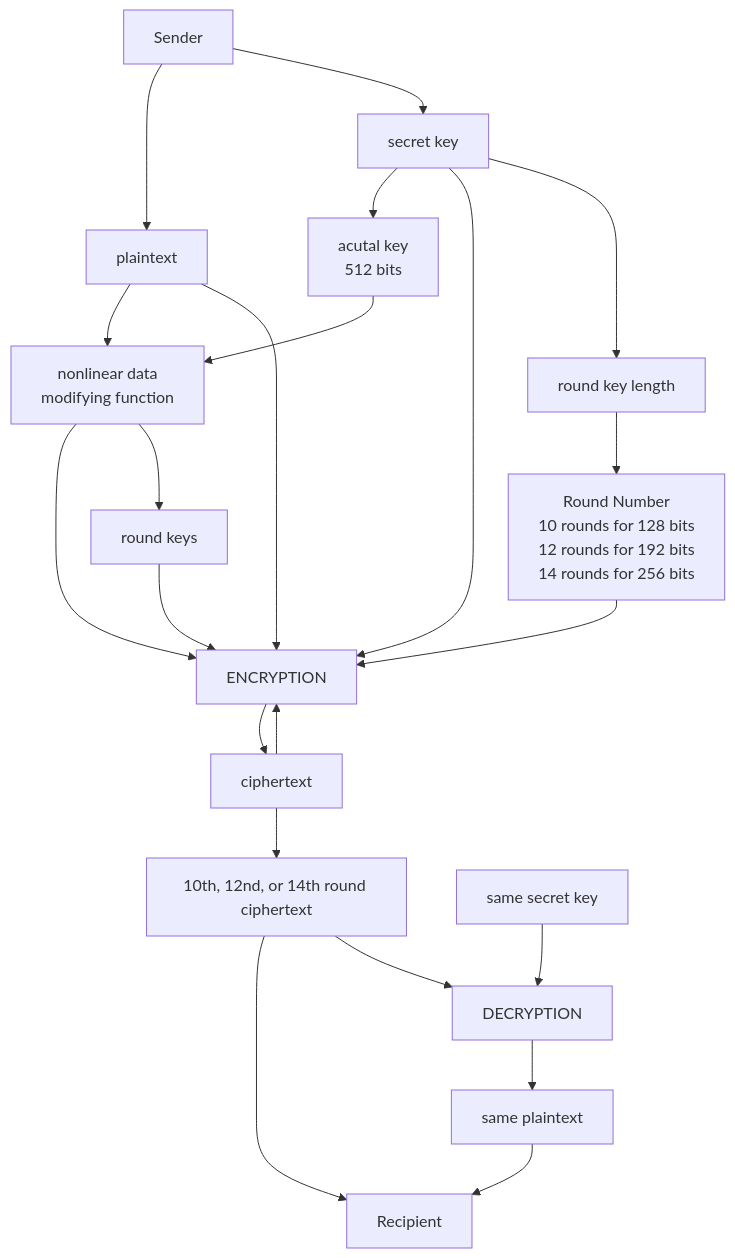
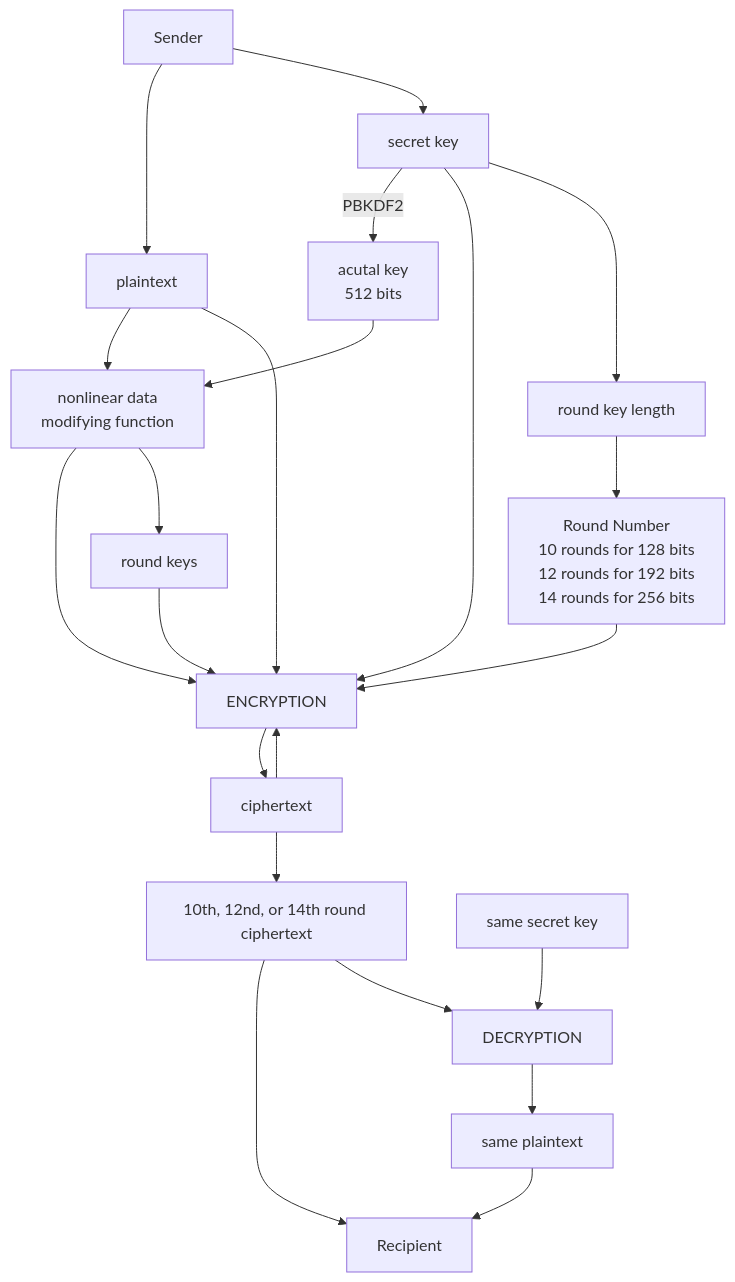
Before and after one commit to Kietpawpan/encryption: the diagram in README.md, drawn with Mermaid.

````diff
--- a/README.md
+++ b/README.md
@@ -5,15 +5,15 @@
 ```mermaid
 flowchart TD
     A[Sender] --> B[plaintext]-->FC
-    C[secret key]-->AK[acutal key\n512 bits]-->FC-->D[ENCRYPTION]-->E[ciphertext]-->D
+    C[secret key]--PBKDF2-->AK[acutal key\n512 bits]-->FC-->D[ENCRYPTION]-->E[ciphertext]-->D
     E-->FN[10th, 12nd, or 14th round ciphertext]-->F[Recipient]
     C2[same secret key]-->G[DECRYPTION]-->I[same plaintext]-->F
      FN-->G
 A-->C-->D
 RK[round keys]-->D
 C-->RKL[round key length]-->RN[Round Number\n10 rounds for 128 bits\n12 rounds for 192 bits\n14 rounds for 256 bits]-->D
 FC[nonlinear data \nmodifying function]
 FC-->RK
 B-->D
 
 ```
````
